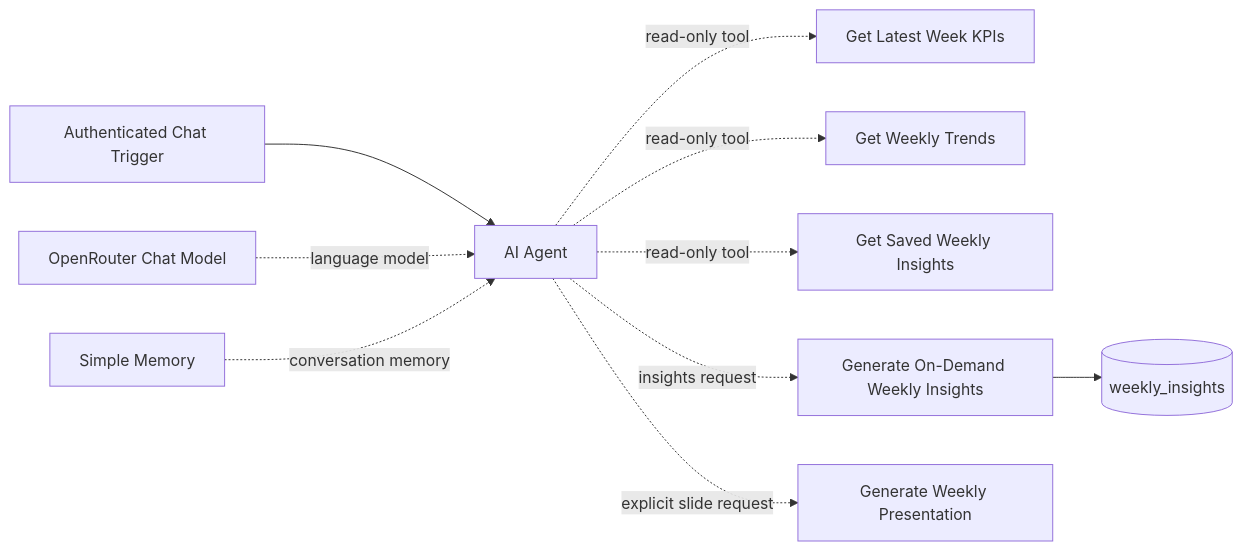
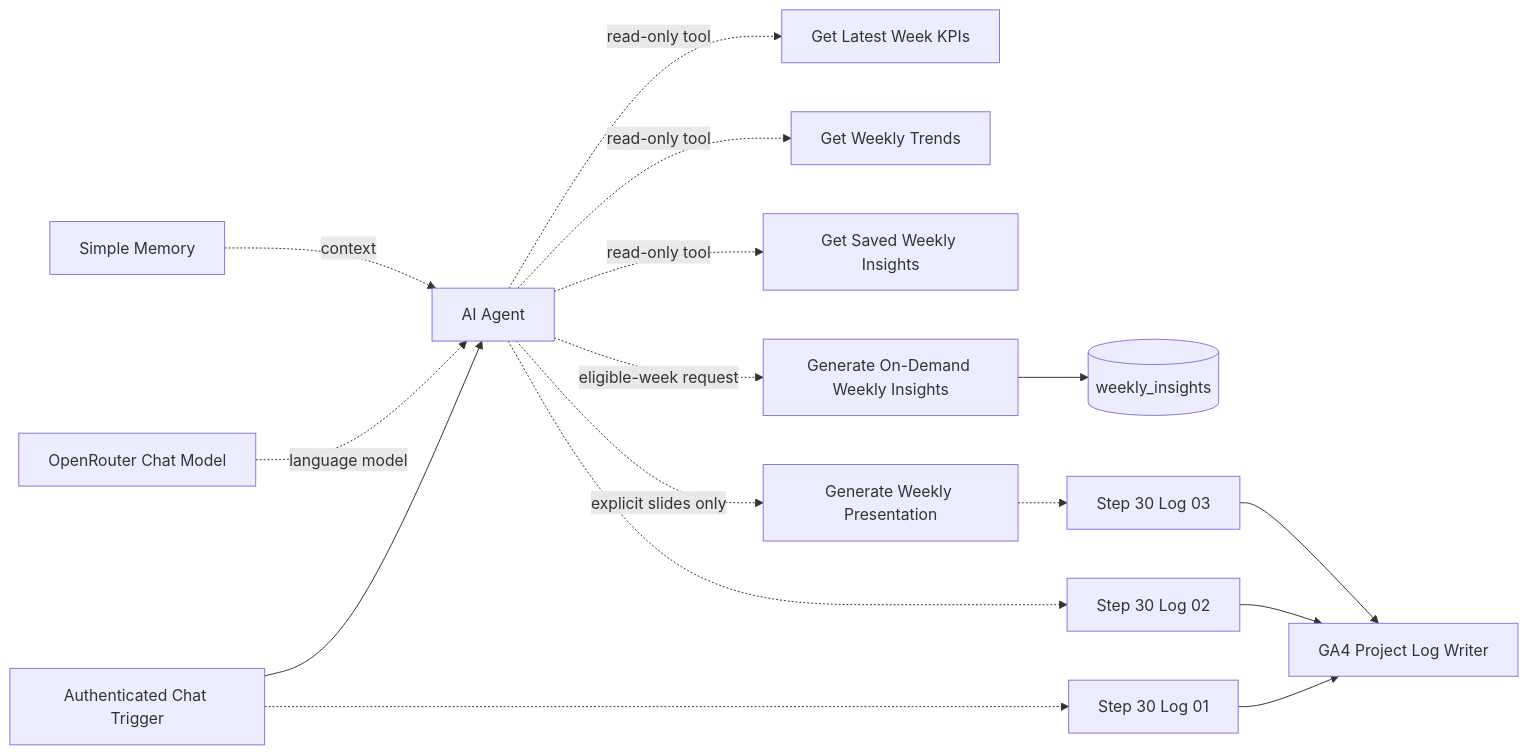
The diagram in workflows/docs/ga4-ai-analytics-assistant.md (cizmeli/ga4-ai-analytics-automation), drawn with Mermaid before and after one commit. The commit also changed other lines of this file and 16 other files, not shown here.

````diff
--- a/workflows/docs/ga4-ai-analytics-assistant.md
+++ b/workflows/docs/ga4-ai-analytics-assistant.md
@@ -23,12 +30,18 @@
-```mermaid
+~~~mermaid
 flowchart LR
   C[Authenticated Chat Trigger] --> A[AI Agent]
   M[OpenRouter Chat Model] -. language model .-> A
-  S[Simple Memory] -. conversation memory .-> A
+  S[Simple Memory] -. context .-> A
   A -. read-only tool .-> K[Get Latest Week KPIs]
   A -. read-only tool .-> T[Get Weekly Trends]
   A -. read-only tool .-> I[Get Saved Weekly Insights]
-  A -. insights request .-> W[Generate On-Demand Weekly Insights]
+  A -. eligible-week request .-> W[Generate On-Demand Weekly Insights]
   W --> PG[(weekly_insights)]
-  A -. explicit slide request .-> P[Generate Weekly Presentation]
-```
+  A -. explicit slides only .-> P[Generate Weekly Presentation]
+  C -.-> L1[Step 30 Log 01]
+  A -.-> L2[Step 30 Log 02]
+  P -.-> L3[Step 30 Log 03]
+  L1 --> LOG[GA4 Project Log Writer]
+  L2 --> LOG
+  L3 --> LOG
+~~~
````
